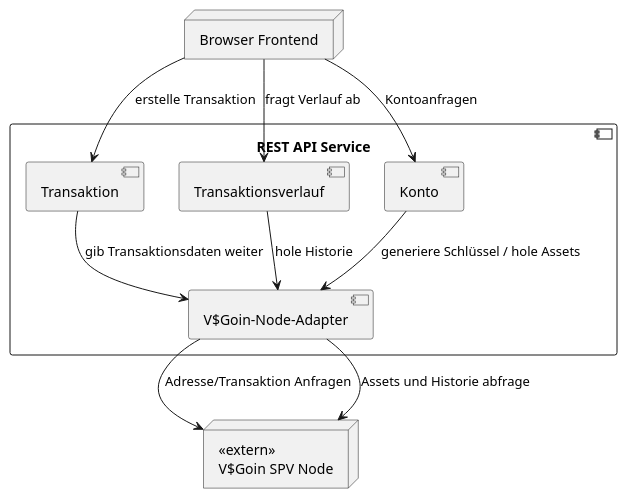
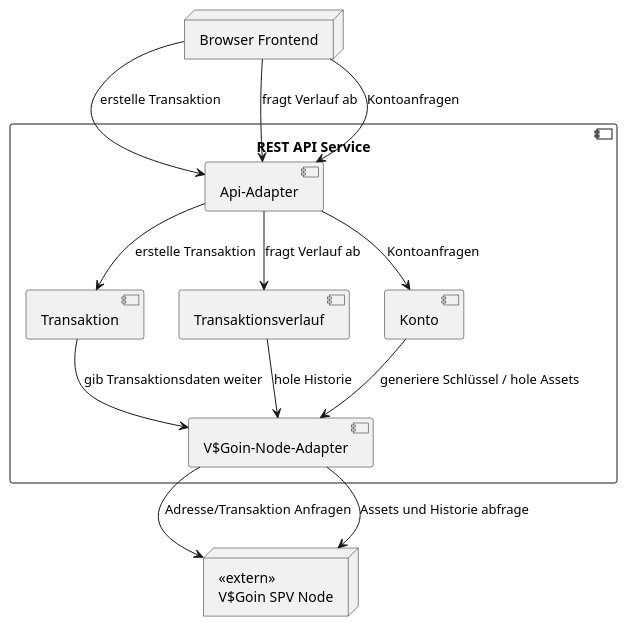
One commit to bjoern621/VSP-Blockchain changed the second of 4 diagrams in docs/arc42/arc42-Api/API.md. Above: the diagram before and after it, drawn with PlantUML. The commit also changed other lines of this file and 1 other file, not shown here.

Commit message:
acr Dokument für API angepasst (neue Api-Adapter Komponente hinzugefügt)

`````diff
--- a/docs/arc42/arc42-Api/API.md
+++ b/docs/arc42/arc42-Api/API.md
@@ -192,46 +192,52 @@
     ````plantuml
     @startuml
     node "Browser Frontend" as browser
-    
+
     ' =====================
     '   System Boundary
     ' =====================
     component "REST API Service" as api {
     
+        component "Api-Adapter" as api_adapter
         component "Transaktion" as transaction
         component "Transaktionsverlauf" as verlauf
         component "Konto" as konto
         component "V$Goin-Node-Adapter" as adapter
     }
     
     ' =====================
     '   External Library
     ' =====================
     node "<<extern>>\nV$Goin SPV Node" as lib 
     
     
     
     ' ---------------------------------------------
     ' Browser → System
     ' ---------------------------------------------
-    browser --> transaction : erstelle Transaktion
-    browser --> verlauf : fragt Verlauf ab
-    browser --> konto : Kontoanfragen
+    browser --> api_adapter: erstelle Transaktion
+    browser --> api_adapter: fragt Verlauf ab
+    browser --> api_adapter: Kontoanfragen
     
+
+    ' ---------------------------------------------
+    ' Api Adapter → System
+    ' ---------------------------------------------
+    api_adapter --> transaction : erstelle Transaktion
+    api_adapter --> verlauf : fragt Verlauf ab
+    api_adapter --> konto : Kontoanfragen
+
     ' ---------------------------------------------
     ' System intern
     ' ---------------------------------------------
     transaction --> adapter : gib Transaktionsdaten weiter
     verlauf     --> adapter : hole Historie
     konto     --> adapter : generiere Schlüssel / hole Assets
     
     ' ---------------------------------------------
     ' Adapter → Library
     ' ---------------------------------------------
     adapter --> lib : Adresse/Transaktion Anfragen
     adapter --> lib  : Assets und Historie abfrage
-    
-
-    
     @enduml
     ````
`````
